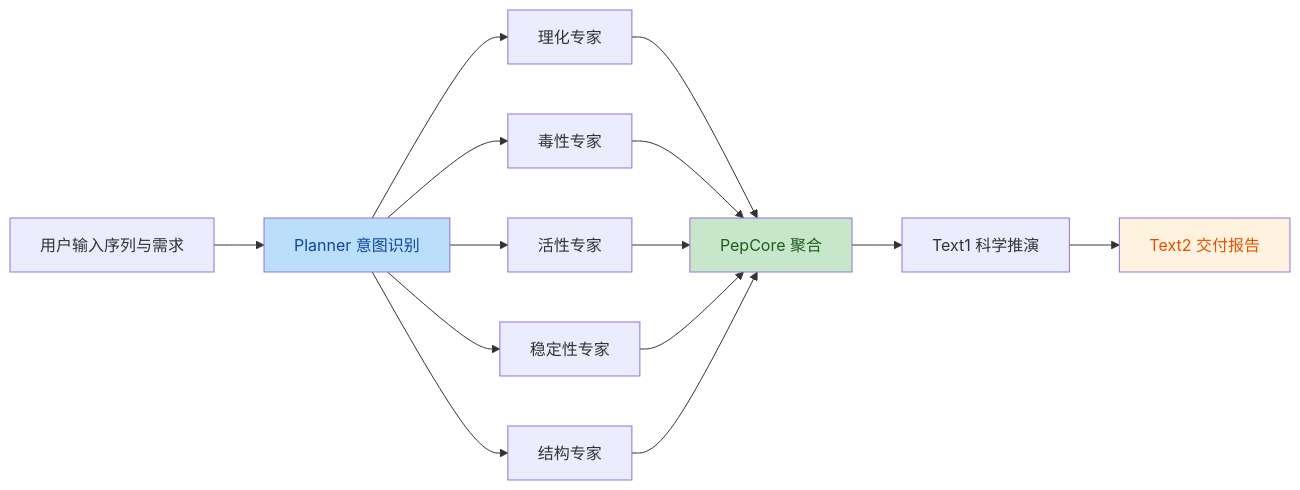
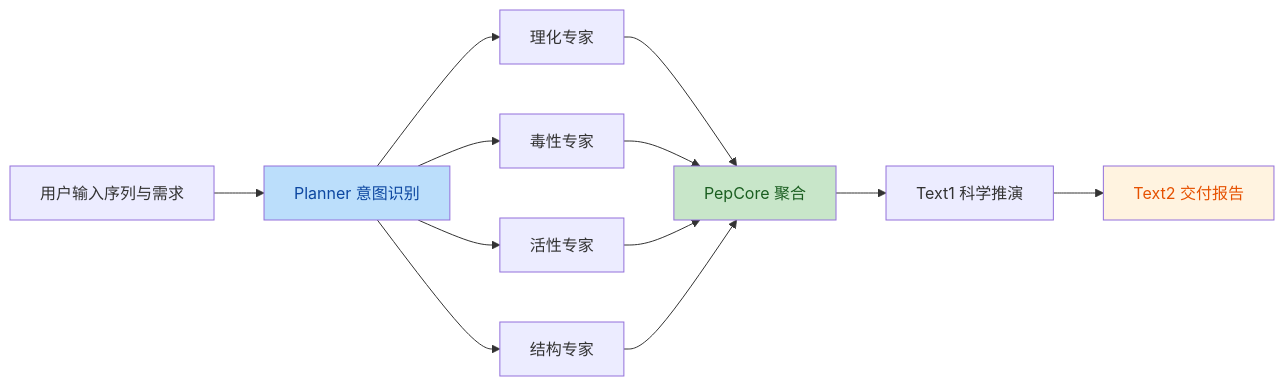
The diagram in docs/architecture.md (yu-xin-c/piptide_helper), drawn with Mermaid before and after one commit. The commit also changed other lines of this file and 12 other files, not shown here.

````diff
--- a/docs/architecture.md
+++ b/docs/architecture.md
@@ -11,19 +11,17 @@
 ```mermaid
 flowchart LR
     A[用户输入序列与需求] --> B[Planner 意图识别]
     B --> C1[理化专家]
     B --> C2[毒性专家]
     B --> C3[活性专家]
-    B --> C4[稳定性专家]
-    B --> C5[结构专家]
+    B --> C4[结构专家]
     C1 --> D[PepCore 聚合]
     C2 --> D
     C3 --> D
     C4 --> D
-    C5 --> D
     D --> E[Text1 科学推演]
     E --> F[Text2 交付报告]
     style B fill:#bbdefb,color:#0d47a1
     style D fill:#c8e6c9,color:#1a5e20
     style F fill:#fff3e0,color:#e65100
 ```
````
